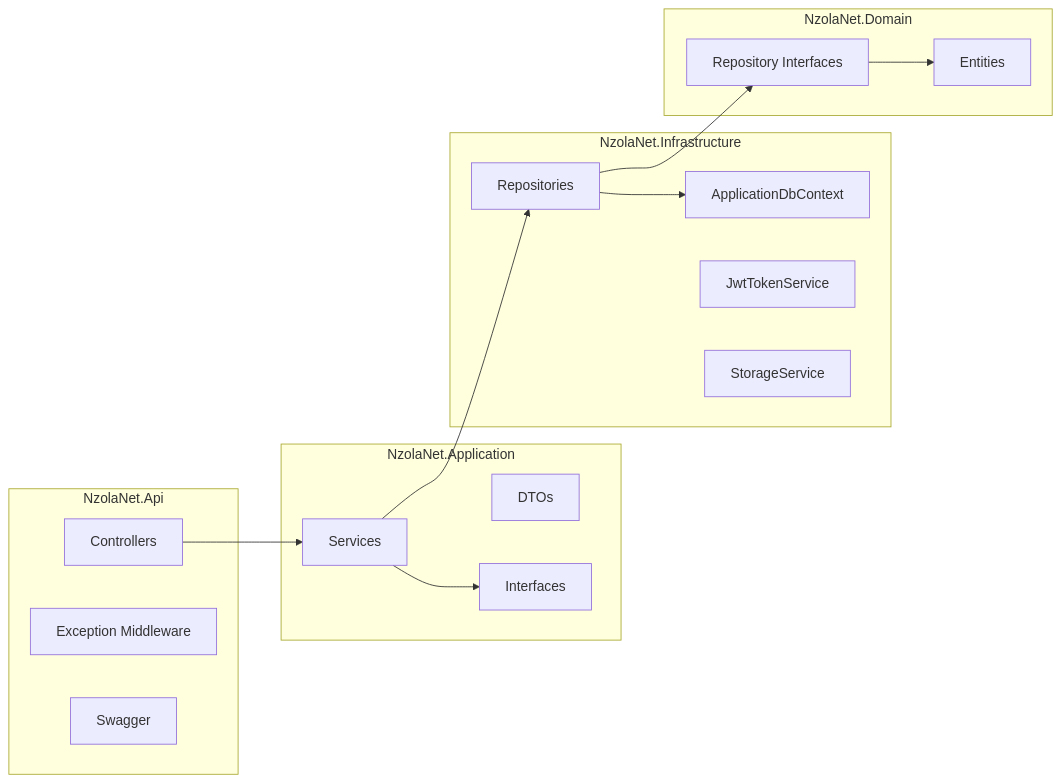
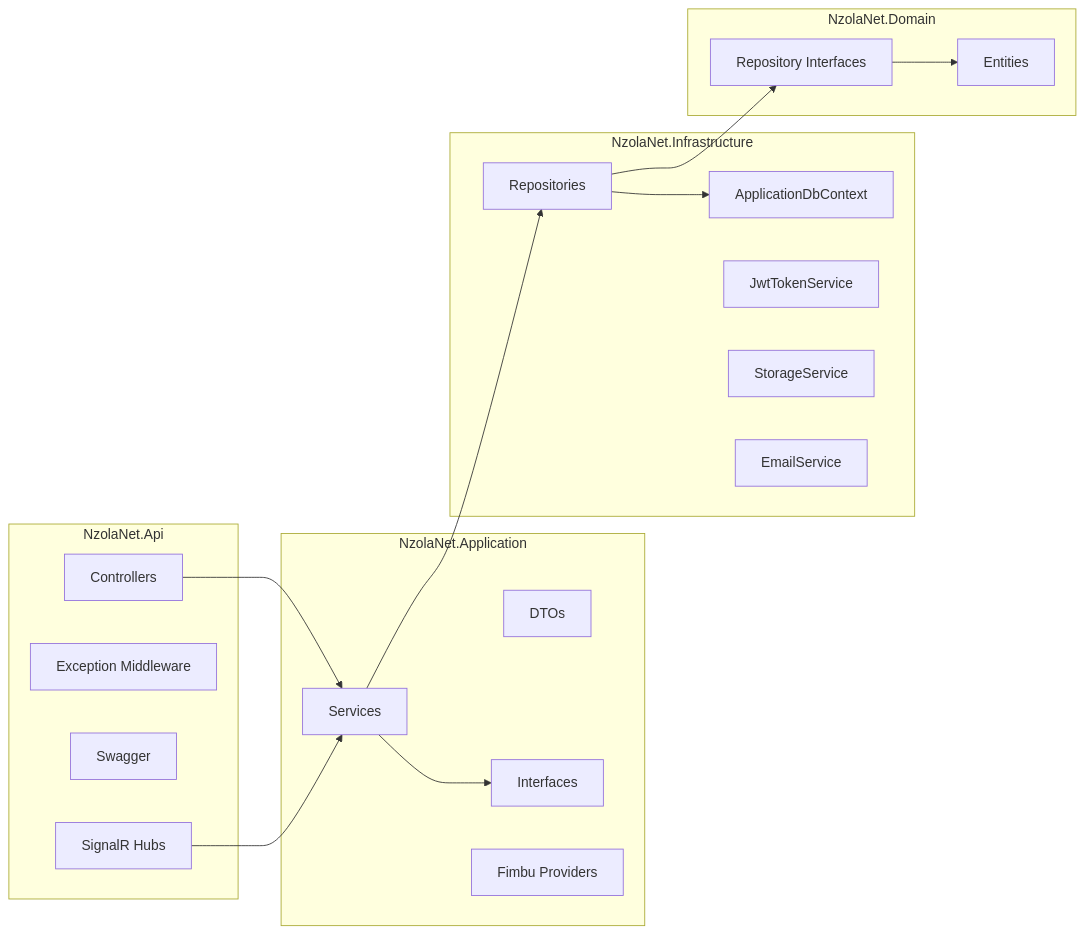
One commit to KazenWilver/nzolanet changed the third of 13 diagrams in README.md. Above: the diagram before and after it, drawn with Mermaid. The commit also changed other lines of this file, not shown here.

````diff
--- a/README.md
+++ b/README.md
@@ -148,33 +215,37 @@
 ```mermaid
 flowchart LR
     subgraph Api["NzolaNet.Api"]
         C[Controllers]
         M[Exception Middleware]
         S[Swagger]
+        H[SignalR Hubs]
     end
 
     subgraph Application["NzolaNet.Application"]
         SV[Services]
         DTO[DTOs]
         IF[Interfaces]
+        FIM[Fimbu Providers]
     end
 
     subgraph Infrastructure["NzolaNet.Infrastructure"]
         RP[Repositories]
         EF[ApplicationDbContext]
         JWT[JwtTokenService]
         ST[StorageService]
+        EM[EmailService]
     end
 
     subgraph Domain["NzolaNet.Domain"]
         EN[Entities]
         RI[Repository Interfaces]
     end
 
     C --> SV
     SV --> RP
     RP --> EF
     SV --> IF
     RP --> RI
     RI --> EN
+    H --> SV
 ```
````
